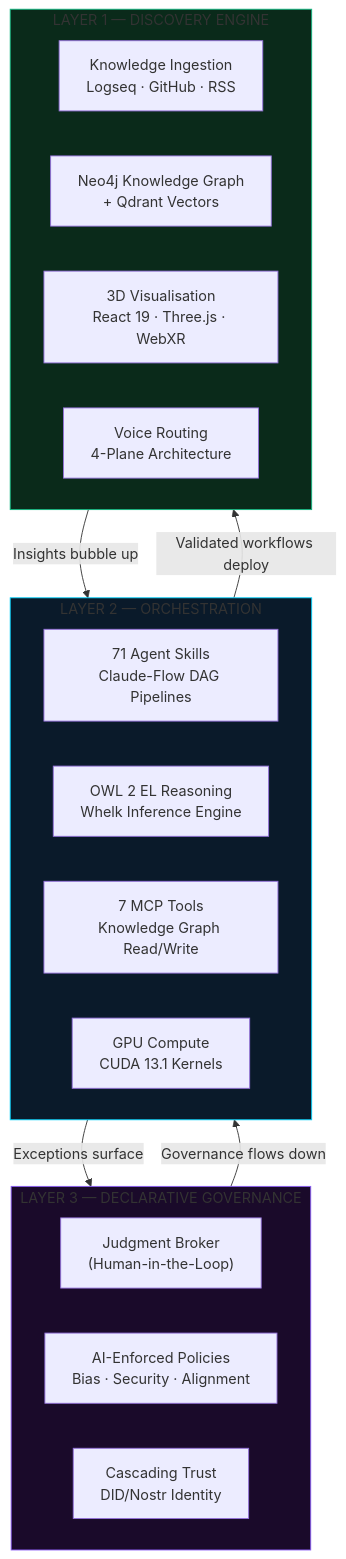
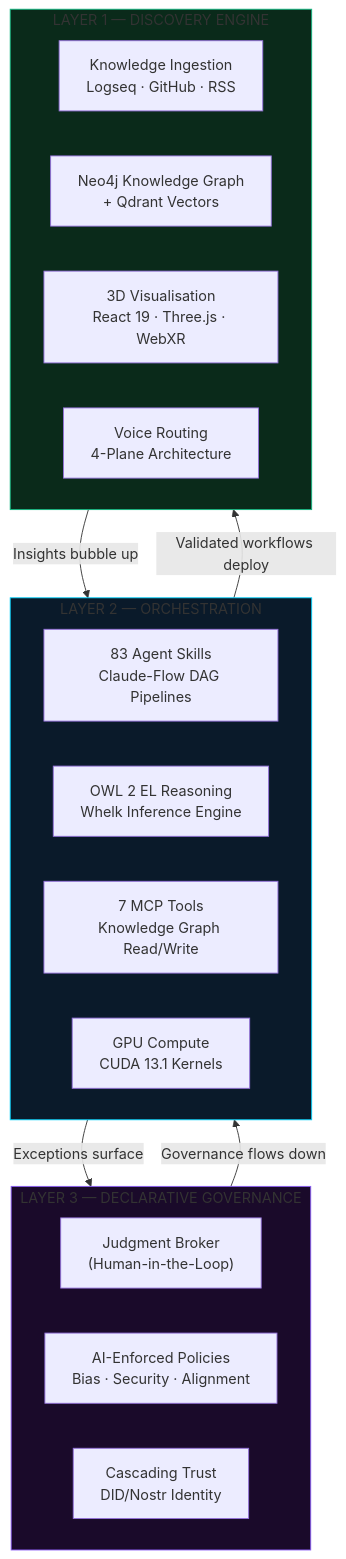
The first of 5 diagrams in README.md (shaneholloman/logseq-spring-thing), drawn with Mermaid before and after one commit. The commit also changed other lines of this file and 14 other files, not shown here.

````diff
--- a/README.md
+++ b/README.md
@@ -120,31 +120,31 @@
 ```mermaid
 flowchart TB
     subgraph Layer3["LAYER 3 — DECLARATIVE GOVERNANCE"]
         JB["Judgment Broker\n(Human-in-the-Loop)"]
         Policy["AI-Enforced Policies\nBias · Security · Alignment"]
         Trust["Cascading Trust\nDID/Nostr Identity"]
     end
 
     subgraph Layer2["LAYER 2 — ORCHESTRATION"]
-        Skills["71 Agent Skills\nClaude-Flow DAG Pipelines"]
+        Skills["83 Agent Skills\nClaude-Flow DAG Pipelines"]
         Ontology["OWL 2 EL Reasoning\nWhelk Inference Engine"]
         MCP["7 MCP Tools\nKnowledge Graph Read/Write"]
         GPU["GPU Compute\nCUDA 13.1 Kernels"]
     end
 
     subgraph Layer1["LAYER 1 — DISCOVERY ENGINE"]
         Ingest["Knowledge Ingestion\nLogseq · GitHub · RSS"]
         Graph["Neo4j Knowledge Graph\n+ Qdrant Vectors"]
         Viz["3D Visualisation\nReact 19 · Three.js · WebXR"]
         Voice["Voice Routing\n4-Plane Architecture"]
     end
 
     Layer1 -->|"Insights bubble up"| Layer2
     Layer2 -->|"Exceptions surface"| Layer3
     Layer3 -->|"Governance flows down"| Layer2
     Layer2 -->|"Validated workflows deploy"| Layer1
 
     style Layer3 fill:#1A0A2A,stroke:#8B5CF6
     style Layer2 fill:#0A1A2A,stroke:#00D4FF
     style Layer1 fill:#0A2A1A,stroke:#10B981
 ```
````
